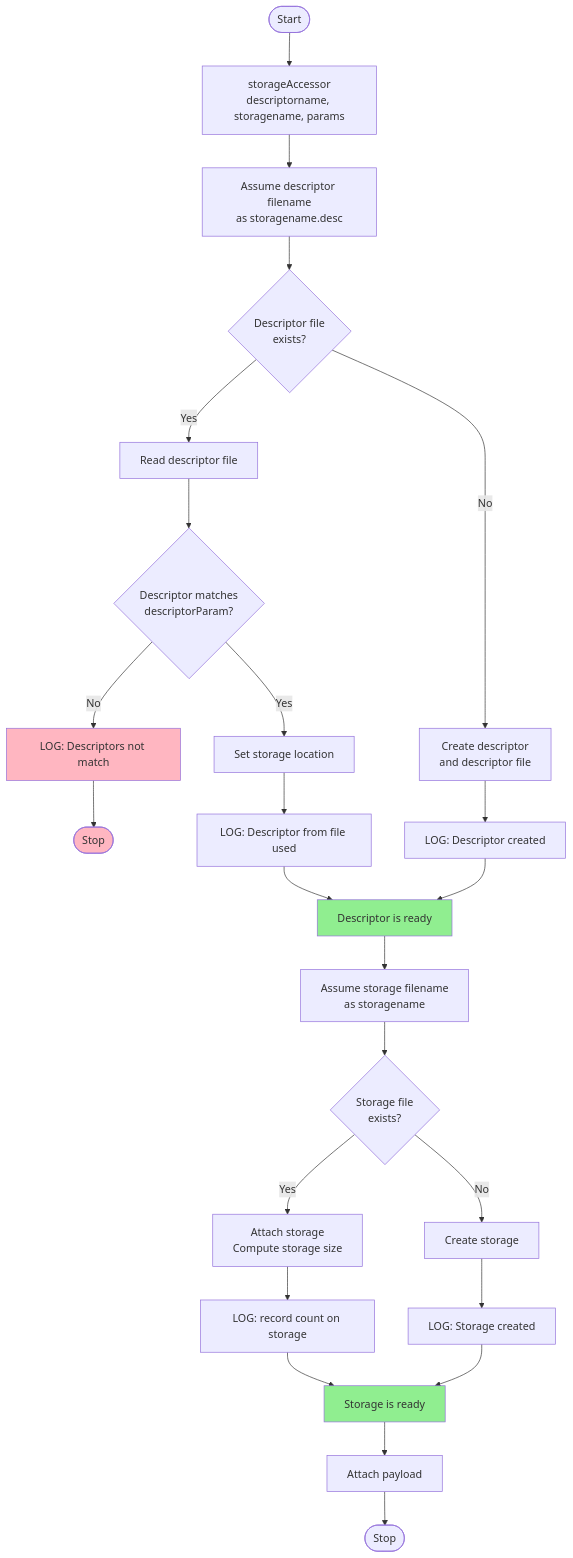
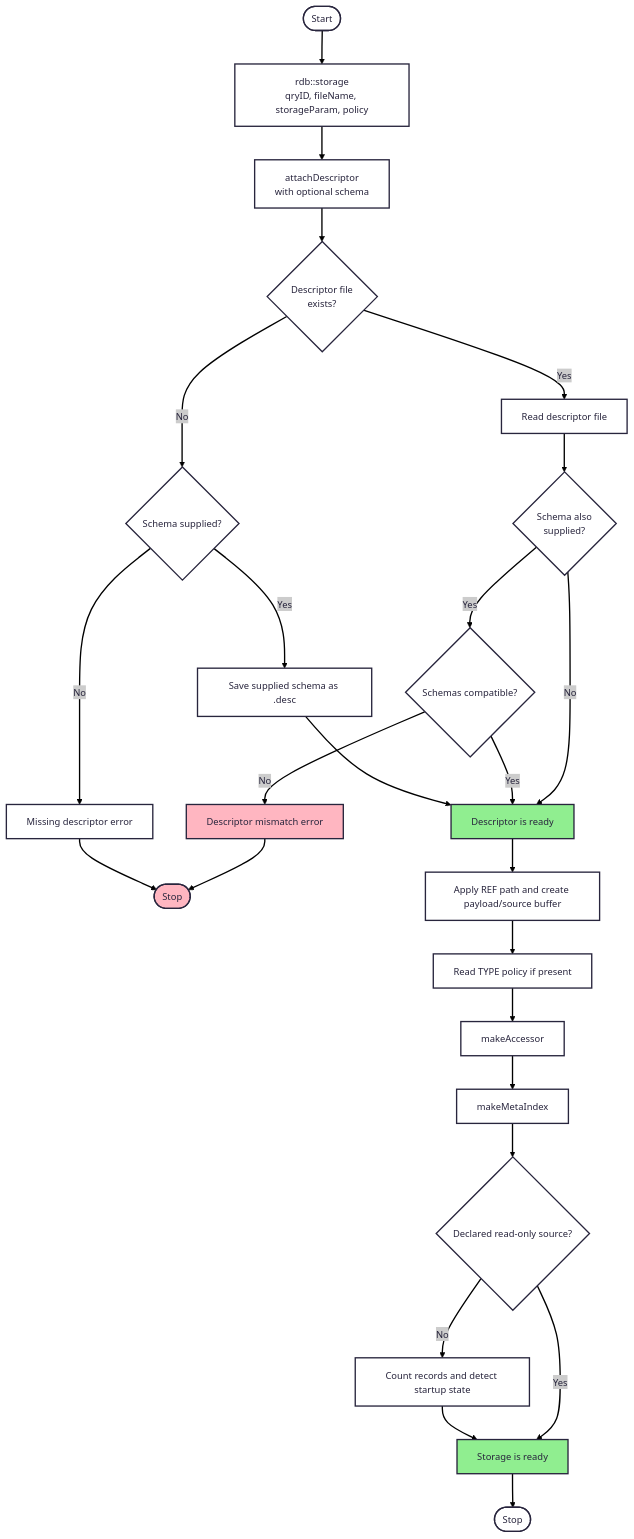
Before and after one commit to michalwidera/retractordb: the seventh of 7 diagrams in src/rdb/README.md, drawn with Mermaid. The commit also changed other lines of this file, not shown here.

Commit message:
Update README (doc-only) [skipci]

````diff
--- a/src/rdb/README.md
+++ b/src/rdb/README.md
@@ -745,43 +781,38 @@
 ```mermaid
+%%{init: {'theme': 'redux-color', "flowchart" : { "curve" : "basis" } } }%%
 flowchart TD
-    Start([Start]) --> A[storageAccessor<br/>descriptorname, storagename, params]
+    Start([Start]) --> A[rdb::storage<br/>qryID, fileName, storageParam, policy]
     
-    A --> B[Assume descriptor filename<br/>as storagename.desc]
+    A --> B[attachDescriptor<br/>with optional schema]
     
     B --> C{Descriptor file<br/>exists?}
     
     C -->|Yes| D[Read descriptor file]
-    C -->|No| E[Create descriptor<br/>and descriptor file]
+    C -->|No| E{Schema supplied?}
     
-    D --> F{Descriptor matches<br/>descriptorParam?}
-    F -->|Yes| G[Set storage location]
-    F -->|No| H[LOG: Descriptors not match]
+    D --> F{Schema also<br/>supplied?}
+    F -->|Yes| G{Schemas compatible?}
+    F -->|No| K[Descriptor is ready]
+    G -->|Yes| K
+    G -->|No| H[Descriptor mismatch error]
     H --> Stop1([Stop])
-    
-    G --> I[LOG: Descriptor from file used]
-    E --> J[LOG: Descriptor created]
-    
-    I --> K[Descriptor is ready]
+    E -->|No| I[Missing descriptor error]
+    I --> Stop1
+    E -->|Yes| J[Save supplied schema as .desc]
     J --> K
-    
-    K --> L[Assume storage filename<br/>as storagename]
-    
-    L --> M{Storage file<br/>exists?}
-    
-    M -->|Yes| N[Attach storage<br/>Compute storage size]
-    M -->|No| O[Create storage]
-    
-    N --> P[LOG: record count on storage]
-    O --> Q[LOG: Storage created]
-    
-    P --> R[Storage is ready]
+
+    K --> L[Apply REF path and create payload/source buffer]
+    L --> M[Read TYPE policy if present]
+    M --> N[makeAccessor]
+    N --> O[makeMetaIndex]
+    O --> P{Declared read-only source?}
+    P -->|Yes| R[Storage is ready]
+    P -->|No| Q[Count records and detect startup state]
     Q --> R
-    
-    R --> S[Attach payload]
-    S --> Stop2([Stop])
+    R --> Stop2([Stop])
     
     style K fill:#90EE90
     style R fill:#90EE90
     style H fill:#FFB6C1
     style Stop1 fill:#FFB6C1
 ```
````
